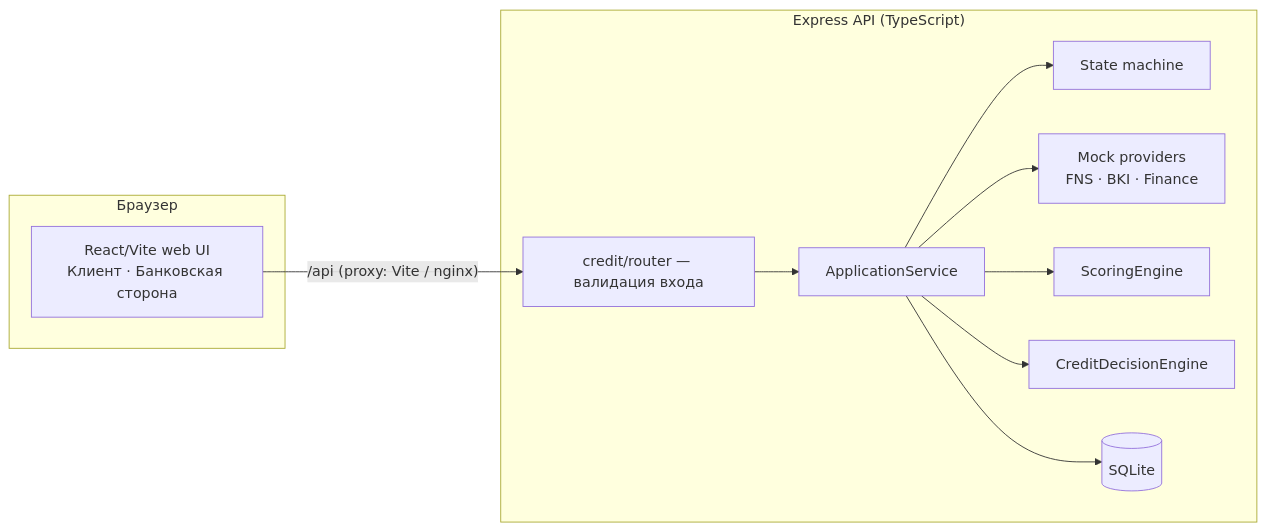
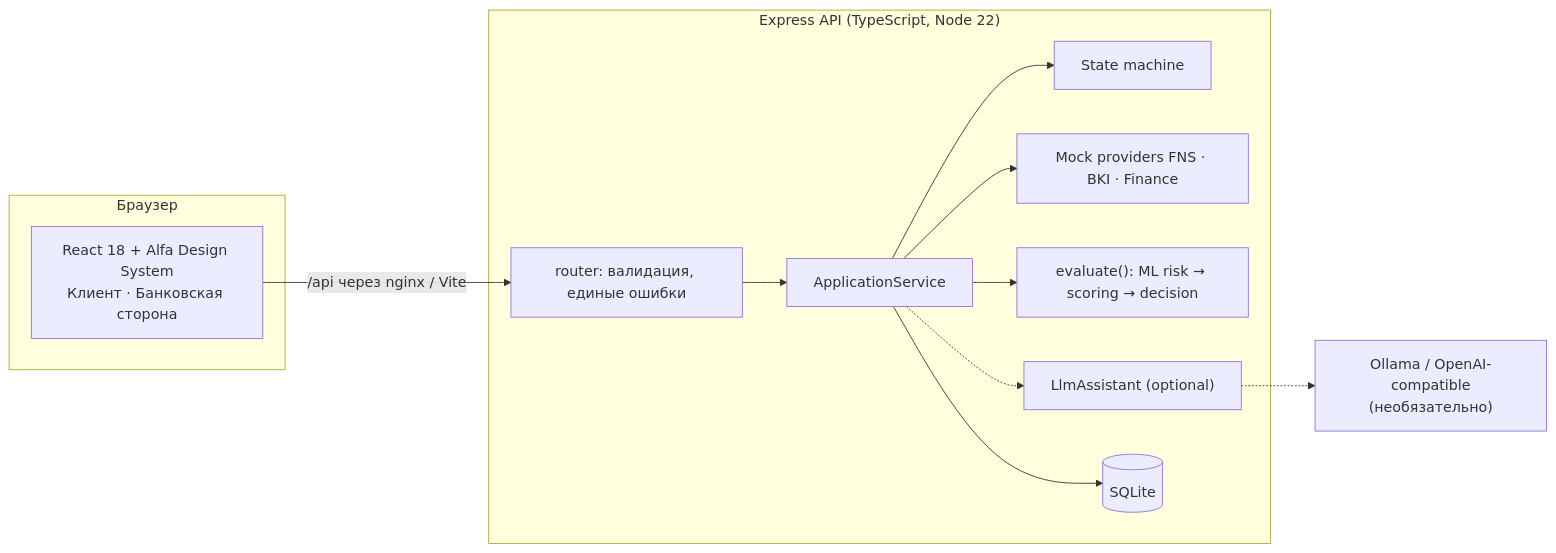
Before and after one commit to Deniskish/ALPHA_HACKATHON: the second of 2 diagrams in README.md, drawn with Mermaid. The commit also changed other lines of this file and 104 other files, not shown here.

Commit message:
Complete Alfa Future smart credit cabinet

````diff
--- a/README.md
+++ b/README.md
@@ -31,21 +57,19 @@
 ```mermaid
 flowchart LR
   subgraph Browser["Браузер"]
-    UI["React/Vite web UI<br/>Клиент · Банковская сторона"]
+    UI["React 18 + Alfa Design System<br/>Клиент · Банковская сторона"]
   end
-  subgraph API["Express API (TypeScript)"]
-    R["credit/router — валидация входа"]
+  subgraph API["Express API (TypeScript, Node 22)"]
+    R["router: валидация, единые ошибки"]
     S["ApplicationService"]
     SM["State machine"]
-    P["Mock providers<br/>FNS · BKI · Finance"]
-    SC["ScoringEngine"]
-    D["CreditDecisionEngine"]
+    P["Mock providers FNS · BKI · Finance"]
+    E["evaluate(): ML risk → scoring → decision"]
+    L["LlmAssistant (optional)"]
     DB[("SQLite")]
   end
-  UI -- "/api (proxy: Vite / nginx)" --> R --> S
-  S --> SM
-  S --> P
-  S --> SC
-  S --> D
-  S --> DB
+  OL["Ollama / OpenAI-compatible<br/>(необязательно)"]
+  UI -- "/api через nginx / Vite" --> R --> S
+  S --> SM & P & E & DB
+  S -.-> L -.-> OL
 ```
````
